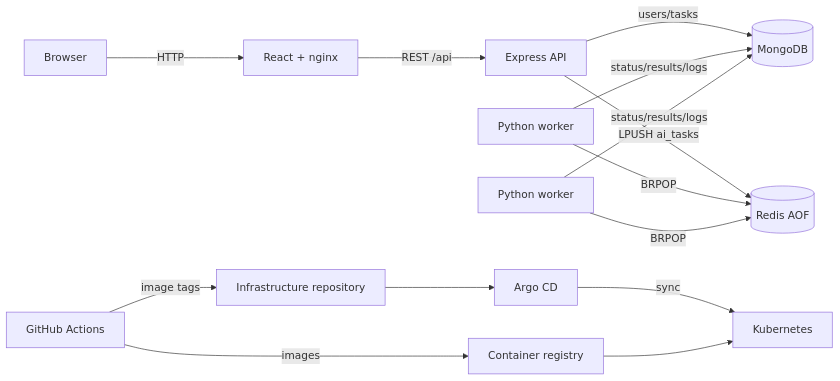
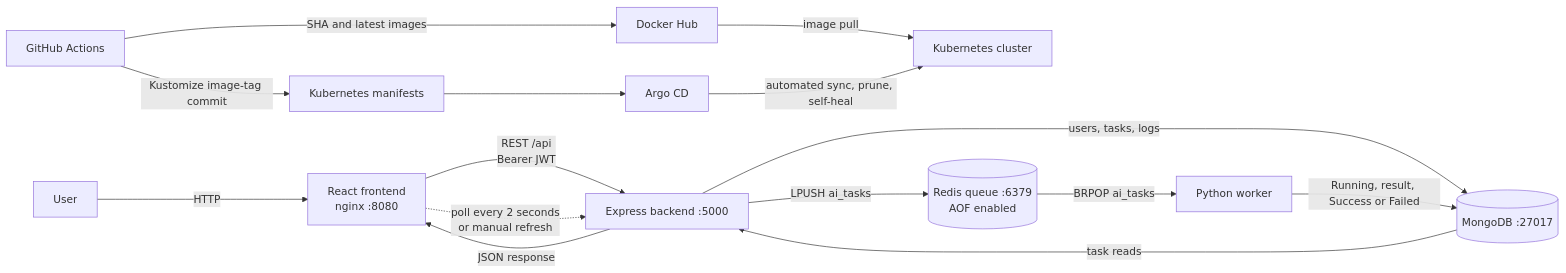
One commit to ayush31082005/AI-Task-Platform changed the diagram in docs/architecture.md. Above: the diagram before and after it, drawn with Mermaid. The commit also changed other lines of this file and 2 other files, not shown here.

````diff
--- a/docs/architecture.md
+++ b/docs/architecture.md
@@ -13,16 +13,18 @@
 ```mermaid
 flowchart LR
-  U[Browser] -->|HTTP| F[React + nginx]
-  F -->|REST /api| B[Express API]
-  B -->|users/tasks| M[(MongoDB)]
-  B -->|LPUSH ai_tasks| R[(Redis AOF)]
-  W1[Python worker] -->|BRPOP| R
-  W2[Python worker] -->|BRPOP| R
-  W1 -->|status/results/logs| M
-  W2 -->|status/results/logs| M
-  G[GitHub Actions] -->|images| D[Container registry]
-  G -->|image tags| I[Infrastructure repository]
-  A[Argo CD] -->|sync| K[Kubernetes]
-  I --> A
-  D --> K
+  U[User] -->|HTTP| F[React frontend<br/>nginx :8080]
+  F -->|REST /api<br/>Bearer JWT| B[Express backend :5000]
+  B -->|users, tasks, logs| M[(MongoDB :27017)]
+  B -->|LPUSH ai_tasks| R[(Redis queue :6379<br/>AOF enabled)]
+  R -->|BRPOP ai_tasks| W[Python worker]
+  W -->|Running, result, Success or Failed| M
+  M -->|task reads| B
+  B -->|JSON response| F
+  F -.->|poll every 2 seconds<br/>or manual refresh| B
+
+  GH[GitHub Actions] -->|SHA and latest images| DH[Docker Hub]
+  GH -->|Kustomize image-tag commit| KM[Kubernetes manifests]
+  KM --> AC[Argo CD]
+  AC -->|automated sync, prune, self-heal| K[Kubernetes cluster]
+  DH -->|image pull| K
 ```
````
